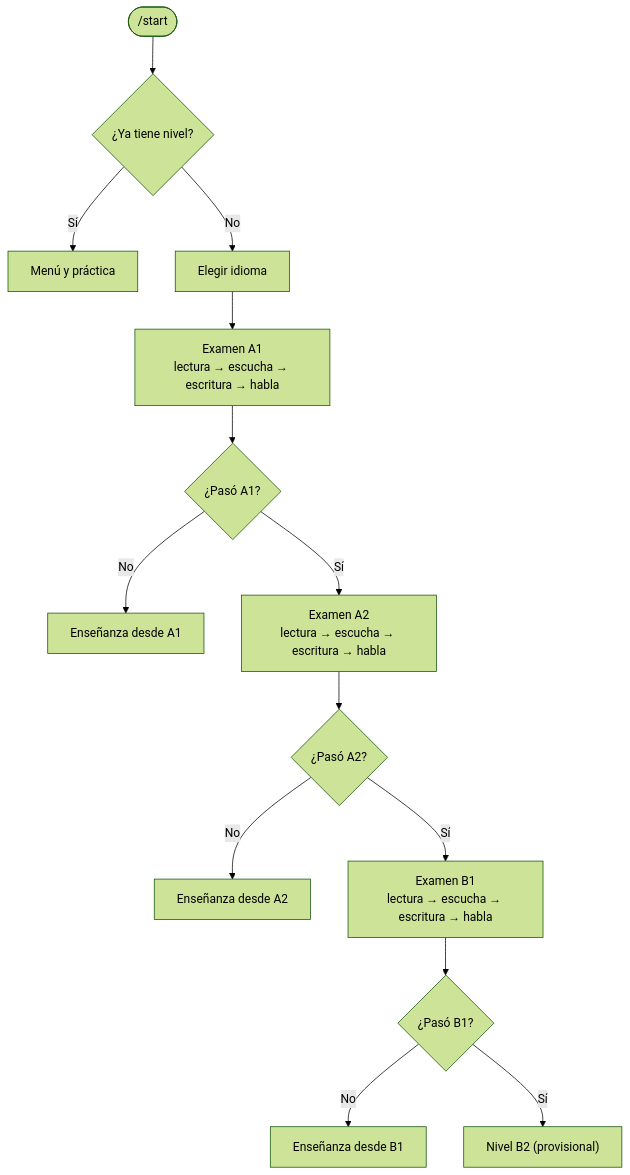
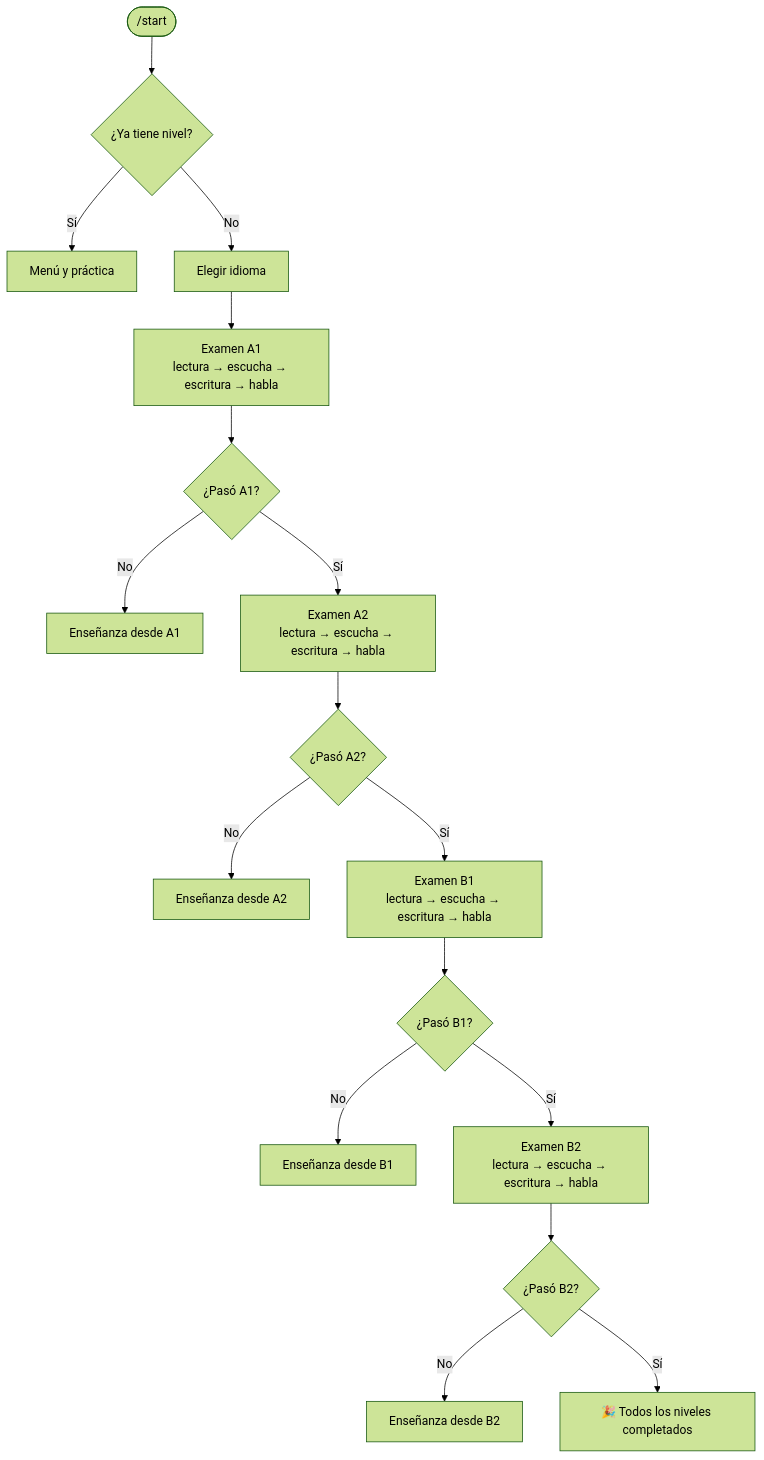
One commit to DaniTap02/Tutor-idiomas-bot changed the diagram in README.md. Above: the diagram before and after it, drawn with Mermaid (forest theme). The commit also changed other lines of this file and 10 other files, not shown here.

````diff
--- a/README.md
+++ b/README.md
@@ -61,16 +61,19 @@
 ```mermaid
 flowchart TD
     A(["/start"]) --> B{¿Ya tiene nivel?}
     B -- Sí --> M["Menú y práctica"]
     B -- No --> C["Elegir idioma"]
     C --> D["Examen A1<br/>lectura → escucha → escritura → habla"]
     D --> E{¿Pasó A1?}
     E -- No --> T1["Enseñanza desde A1"]
     E -- Sí --> F["Examen A2<br/>lectura → escucha → escritura → habla"]
     F --> G{¿Pasó A2?}
     G -- No --> T2["Enseñanza desde A2"]
     G -- Sí --> H["Examen B1<br/>lectura → escucha → escritura → habla"]
     H --> I{¿Pasó B1?}
     I -- No --> T3["Enseñanza desde B1"]
-    I -- Sí --> J["Nivel B2 (provisional)"]
+    I -- Sí --> J["Examen B2<br/>lectura → escucha → escritura → habla"]
+    J --> K{¿Pasó B2?}
+    K -- No --> T4["Enseñanza desde B2"]
+    K -- Sí --> L["🎉 Todos los niveles completados"]
 ```
````
